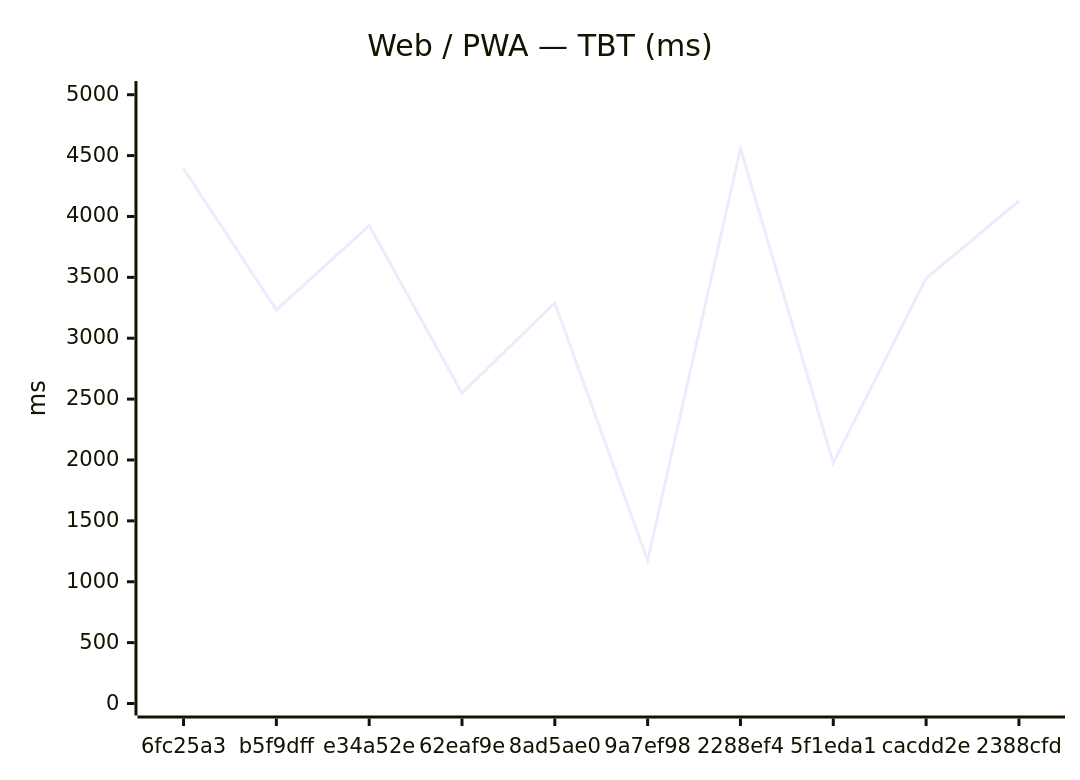
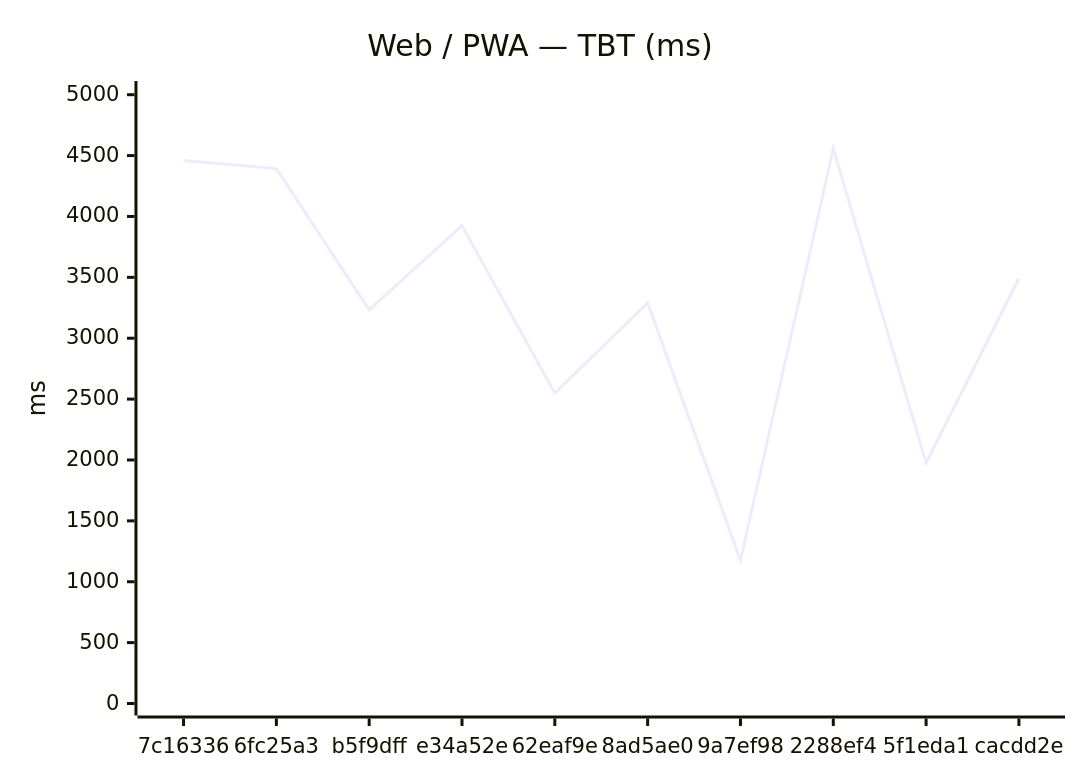
The second of 12 diagrams in benchmarks/compare.md (Metaheurist/Rianell), drawn with Mermaid before and after one commit. The commit also changed other lines of this file and 8 other files, not shown here.

````diff
--- a/benchmarks/compare.md
+++ b/benchmarks/compare.md
@@ -31,7 +31,7 @@
 ```mermaid
 xychart-beta
     title "Web / PWA — TBT (ms)"
-    x-axis ["6fc25a3", "b5f9dff", "e34a52e", "62eaf9e", "8ad5ae0", "9a7ef98", "2288ef4", "5f1eda1", "cacdd2e", "2388cfd"]
+    x-axis ["7c16336", "6fc25a3", "b5f9dff", "e34a52e", "62eaf9e", "8ad5ae0", "9a7ef98", "2288ef4", "5f1eda1", "cacdd2e"]
     y-axis "ms" 0 --> 5014
-    line [4393, 3233, 3925, 2549, 3289, 1175, 4558, 1976, 3491, 4127]
+    line [4460, 4393, 3233, 3925, 2549, 3289, 1175, 4558, 1976, 3491]
 ```
````
